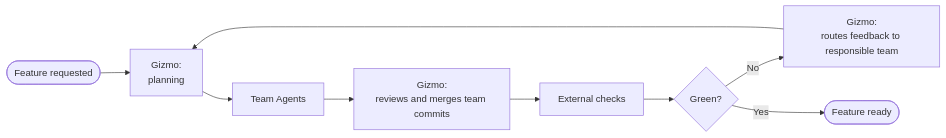
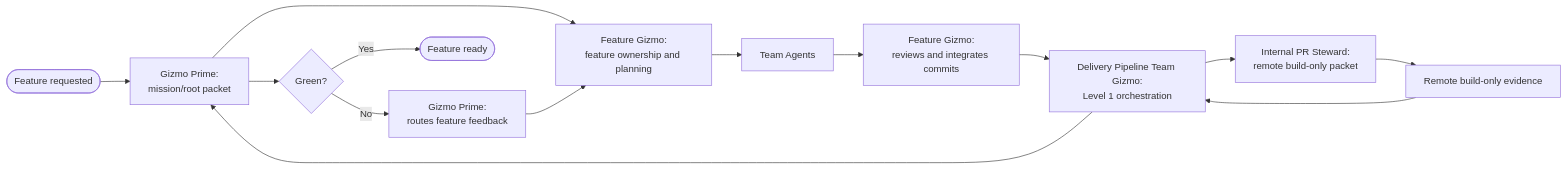
Before and after one commit to meta-secret/nook: the third of 12 diagrams in .cortex/gizmo/architecture/multiagent-delivery-diagrams.md, drawn with Mermaid. The commit also changed other lines of this file and 14 other files, not shown here.

Commit message:
docs: formalize delivery pipeline routing

````diff
--- a/.cortex/gizmo/architecture/multiagent-delivery-diagrams.md
+++ b/.cortex/gizmo/architecture/multiagent-delivery-diagrams.md
@@ -56,15 +97,19 @@
 ```mermaid
 flowchart LR
     Request([Feature requested])
-    GizmoPlan["Gizmo:<br/>planning"]
+    Prime["Gizmo Prime:<br/>mission/root packet"]
+    GizmoPlan["Feature Gizmo:<br/>feature ownership and planning"]
     Teams["Team Agents"]
-    GizmoManagement["Gizmo:<br/>reviews and merges team commits"]
-    Checks["External checks"]
+    GizmoManagement["Feature Gizmo:<br/>reviews and integrates commits"]
+    Pipeline["Delivery Pipeline Team Gizmo:<br/>Level 1 orchestration"]
+    Steward["Internal PR Steward:<br/>remote build-only packet"]
+    Checks["Remote build-only evidence"]
     Green{"Green?"}
-    Feedback["Gizmo:<br/>routes feedback to responsible team"]
+    Feedback["Gizmo Prime:<br/>routes feature feedback"]
     Ready([Feature ready])
 
-    Request --> GizmoPlan --> Teams --> GizmoManagement --> Checks --> Green
+    Request --> Prime --> GizmoPlan --> Teams --> GizmoManagement
+    GizmoManagement --> Pipeline --> Steward --> Checks --> Pipeline --> Prime --> Green
     Green -- No --> Feedback --> GizmoPlan
     Green -- Yes --> Ready
 ```
````
